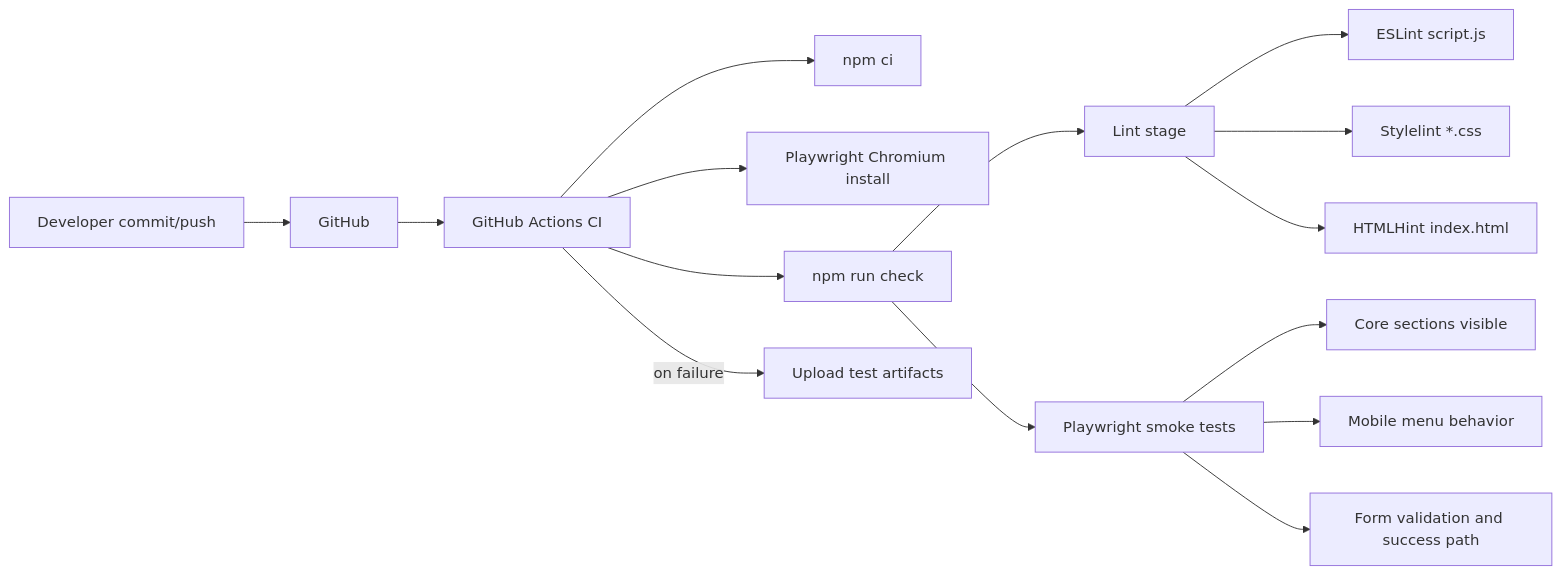
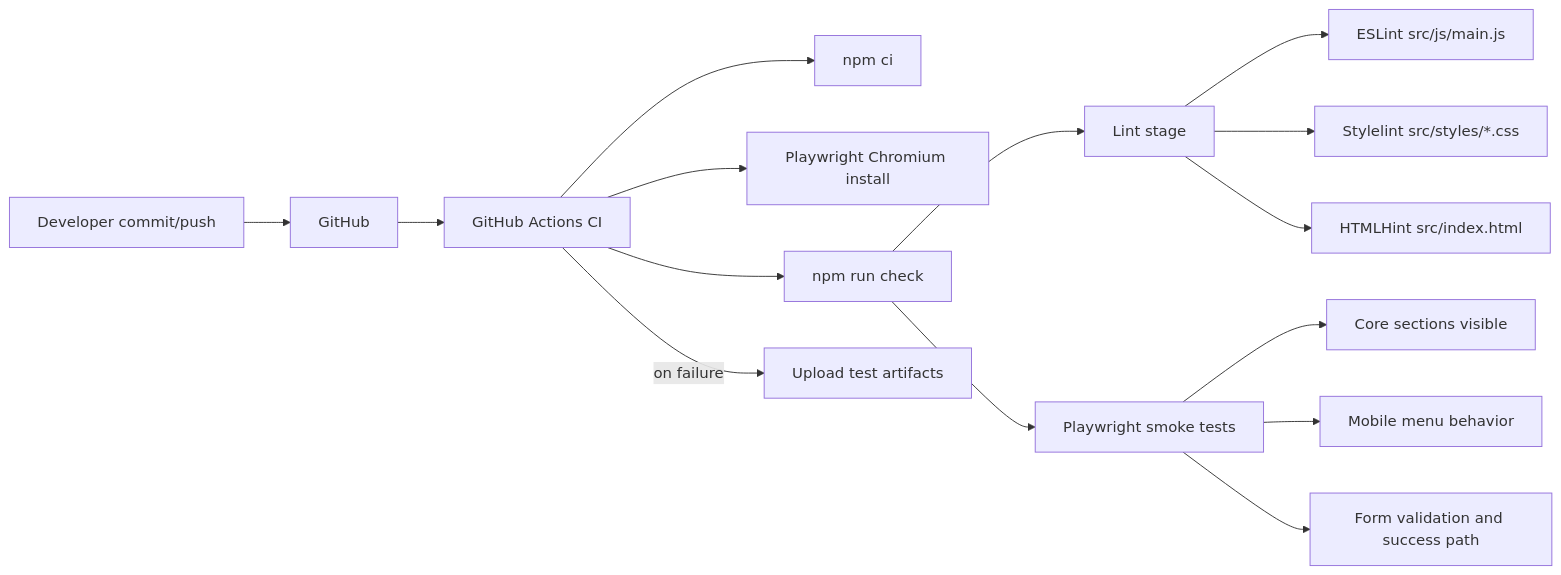
Before and after one commit to jirawagy-rgb/phone: the second of 2 diagrams in docs/architecture/system-architecture.md, drawn with Mermaid. The commit also changed other lines of this file and 47 other files, not shown here.

````diff
--- a/docs/architecture/system-architecture.md
+++ b/docs/architecture/system-architecture.md
@@ -39,21 +39,21 @@
 ```mermaid
 flowchart LR
     D[Developer commit/push] --> GH[GitHub]
     GH --> CI[GitHub Actions CI]
 
     CI --> S1[npm ci]
     CI --> S2[Playwright Chromium install]
     CI --> S3[npm run check]
 
     S3 --> LINT[Lint stage]
-    LINT --> E[ESLint script.js]
-    LINT --> ST[Stylelint *.css]
-    LINT --> HINT[HTMLHint index.html]
+    LINT --> E[ESLint src/js/main.js]
+    LINT --> ST[Stylelint src/styles/*.css]
+    LINT --> HINT[HTMLHint src/index.html]
 
     S3 --> SMOKE[Playwright smoke tests]
     SMOKE --> A1[Core sections visible]
     SMOKE --> A2[Mobile menu behavior]
     SMOKE --> A3[Form validation and success path]
 
     CI -->|on failure| AR[Upload test artifacts]
 ```
````
